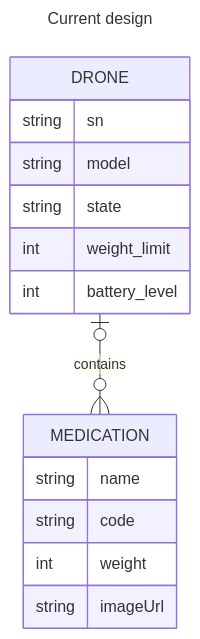
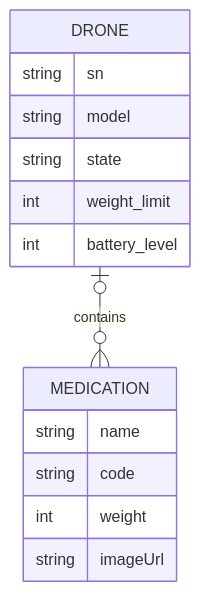
The first of 4 diagrams in README.md (caputoortega/MusalaSoft-Drones), drawn with Mermaid before and after one commit. The commit also changed other lines of this file, not shown here.

Commit message:
Database design improvements

````diff
--- a/README.md
+++ b/README.md
@@ -322,22 +324,19 @@
 ```mermaid
----
-title: Current design   
----
 erDiagram
     DRONE o|--o{ MEDICATION : contains 
     
     DRONE {
         string sn
         string model
         string state
         int weight_limit
         int battery_level
     }
     MEDICATION {
         string name
         string code
         int weight
         string imageUrl
     }
     
 ```
````
